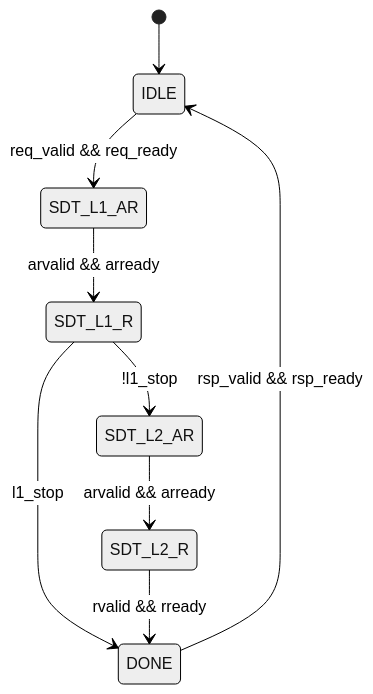
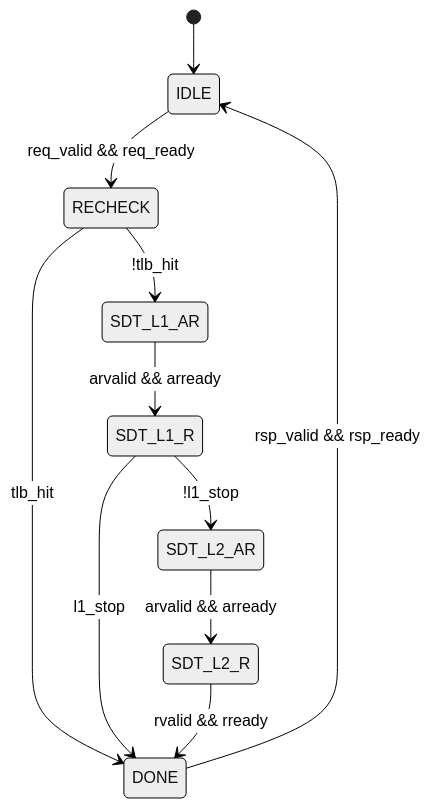
Before and after one commit to DuBirdFly/C1_SDecoder: the third of 3 diagrams in doc/design_plan/SDecoder设计方案/SDecoder 设计方案 v0.9.md, drawn with Mermaid (neutral theme). The commit also changed other lines of this file, not shown here.

Commit message:
docs(design): 更新 v0.9 SDecoder 接口分组、内部结构图与状态机

````diff
--- a/doc/design_plan/SDecoder设计方案/SDecoder 设计方案 v0.9.md
+++ b/doc/design_plan/SDecoder设计方案/SDecoder 设计方案 v0.9.md
@@ -264,11 +267,13 @@
 ```mermaid
 stateDiagram-v2
     [*] --> IDLE
-    IDLE --> SDT_L1_AR: req_valid && req_ready
+    IDLE --> RECHECK: req_valid && req_ready
+    RECHECK --> DONE: tlb_hit
+    RECHECK --> SDT_L1_AR: !tlb_hit
     SDT_L1_AR --> SDT_L1_R: arvalid && arready
     SDT_L1_R --> DONE: l1_stop
     SDT_L1_R --> SDT_L2_AR: !l1_stop
     SDT_L2_AR --> SDT_L2_R: arvalid && arready
     SDT_L2_R --> DONE: rvalid && rready
     DONE --> IDLE: rsp_valid && rsp_ready
 ```
````
